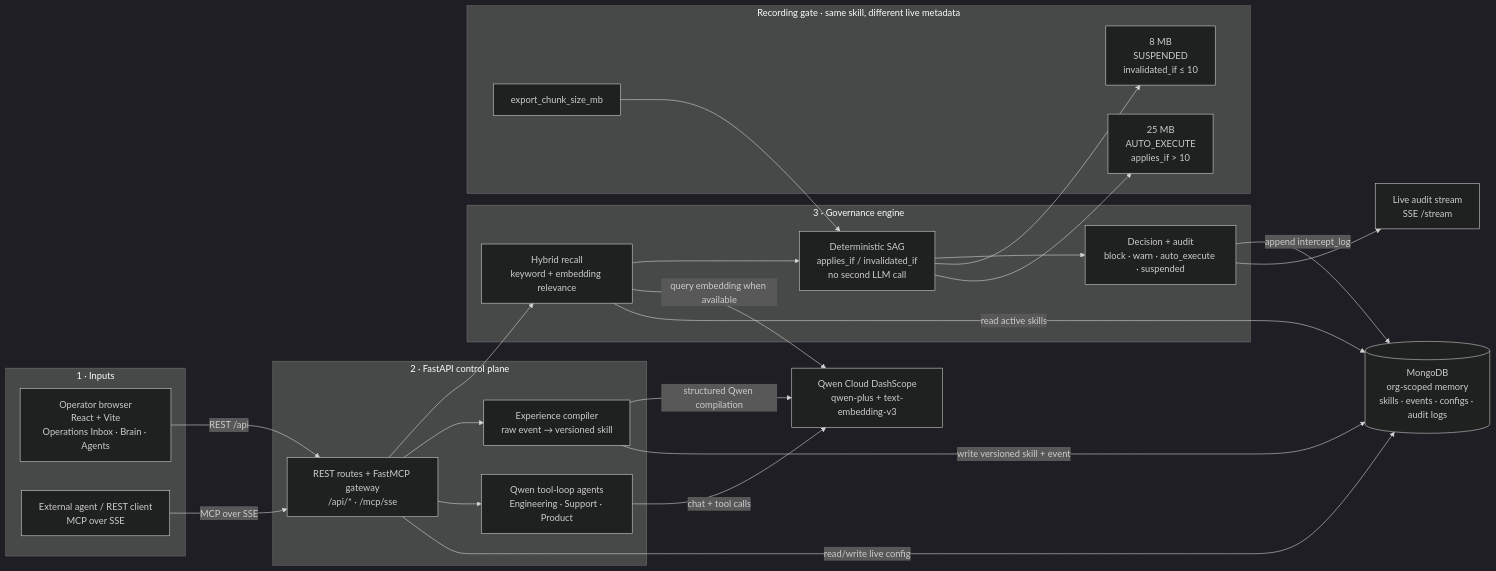
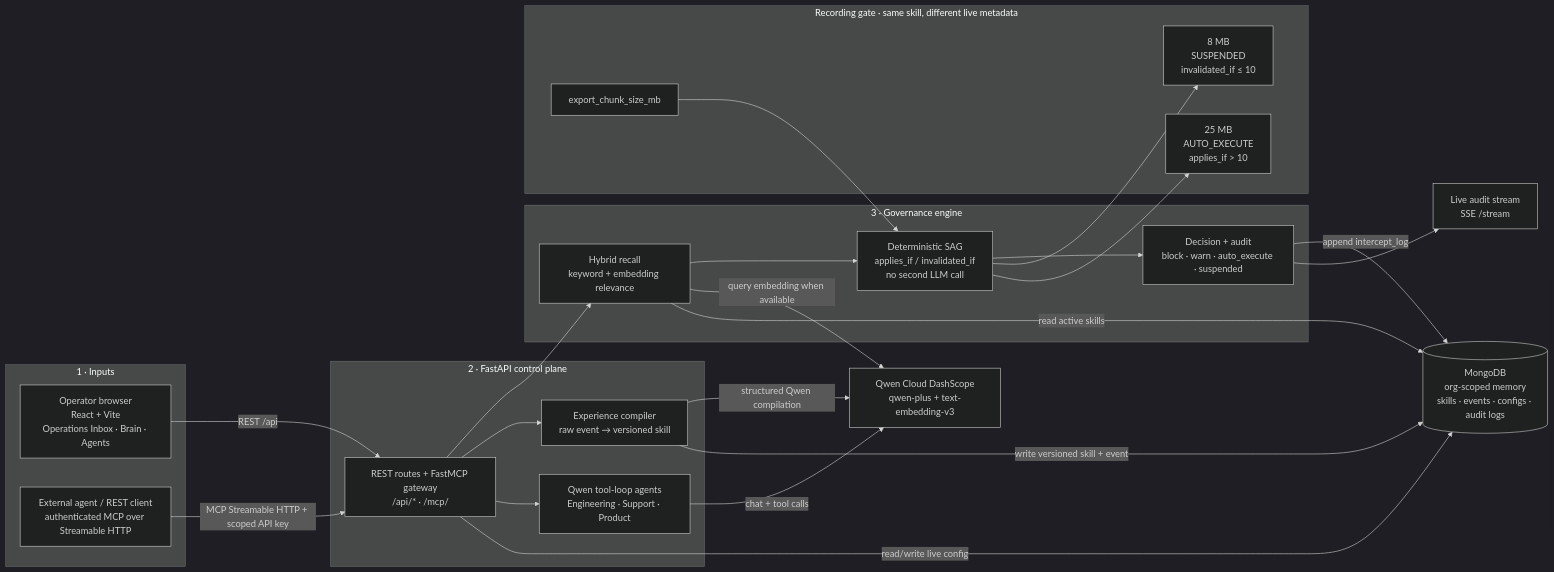
The diagram in README.md (BoBbY-dev-0099/company-brain), drawn with Mermaid (dark theme) before and after one commit. The commit also changed other lines of this file and 40 other files, not shown here.

Commit message:
Build judge-first UX and authenticated MCP

````diff
--- a/README.md
+++ b/README.md
@@ -37,49 +38,49 @@
 ```mermaid
 flowchart LR
     subgraph INPUTS["1 · Inputs"]
         UI["Operator browser<br/>React + Vite<br/>Operations Inbox · Brain · Agents"]
-        EXT["External agent / REST client<br/>MCP over SSE"]
+        EXT["External agent / REST client<br/>authenticated MCP over Streamable HTTP"]
     end
 
     subgraph CONTROL["2 · FastAPI control plane"]
-        API["REST routes + FastMCP gateway<br/>/api/* · /mcp/sse"]
+        API["REST routes + FastMCP gateway<br/>/api/* · /mcp/"]
         AGENTS["Qwen tool-loop agents<br/>Engineering · Support · Product"]
         COMPILER["Experience compiler<br/>raw event → versioned skill"]
     end
 
     subgraph BRAIN["3 · Governance engine"]
         RECALL["Hybrid recall<br/>keyword + embedding relevance"]
         SAG["Deterministic SAG<br/>applies_if / invalidated_if<br/>no second LLM call"]
         DECISION["Decision + audit<br/>block · warn · auto_execute · suspended"]
     end
 
     subgraph GATE["Recording gate · same skill, different live metadata"]
         LIVE["export_chunk_size_mb"]
         EIGHT["8 MB<br/>SUSPENDED<br/>invalidated_if ≤ 10"]
         TWENTYFIVE["25 MB<br/>AUTO_EXECUTE<br/>applies_if > 10"]
     end
 
     SSE["Live audit stream<br/>SSE /stream"]
     MONGO[("MongoDB<br/>org-scoped memory<br/>skills · events · configs · audit logs")]
     QWEN["Qwen Cloud DashScope<br/>qwen-plus + text-embedding-v3"]
 
     UI -->|"REST /api"| API
-    EXT -->|"MCP over SSE"| API
+    EXT -->|"MCP Streamable HTTP + scoped API key"| API
     API --> RECALL
     API --> COMPILER
     API --> AGENTS
 
     RECALL --> SAG --> DECISION
     LIVE --> SAG
     SAG --> EIGHT
     SAG --> TWENTYFIVE
     DECISION -->|"append intercept_log"| MONGO
     DECISION --> SSE
 
     COMPILER -->|"structured Qwen compilation"| QWEN
     AGENTS -->|"chat + tool calls"| QWEN
     RECALL -->|"query embedding when available"| QWEN
     COMPILER -->|"write versioned skill + event"| MONGO
     RECALL -->|"read active skills"| MONGO
     API -->|"read/write live config"| MONGO
 ```
````
